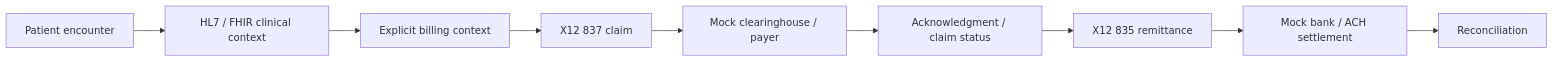
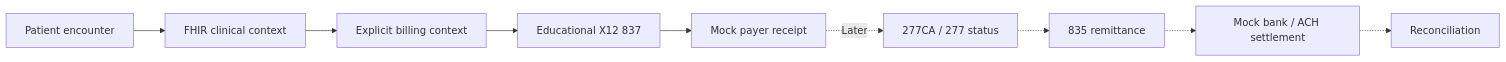
One commit to dabrunhosa/healthcare-revenue-cycle-lab changed the diagram in README.md. Above: the diagram before and after it, drawn with Mermaid. The commit also changed other lines of this file and 33 other files, not shown here.

First line of the commit message:
feat(workflow): implement encounter-to-claim submission

````diff
--- a/README.md
+++ b/README.md
@@ -13,11 +13,11 @@
 ```mermaid
 flowchart LR
-    A[Patient encounter] --> B[HL7 / FHIR clinical context]
+    A[Patient encounter] --> B[FHIR clinical context]
     B --> C[Explicit billing context]
-    C --> D[X12 837 claim]
-    D --> E[Mock clearinghouse / payer]
-    E --> F[Acknowledgment / claim status]
-    F --> G[X12 835 remittance]
-    G --> H[Mock bank / ACH settlement]
-    H --> I[Reconciliation]
+    C --> D[Educational X12 837]
+    D --> E[Mock payer receipt]
+    E -. Later .-> F[277CA / 277 status]
+    F -.-> G[835 remittance]
+    G -.-> H[Mock bank / ACH settlement]
+    H -.-> I[Reconciliation]
 ```
````
